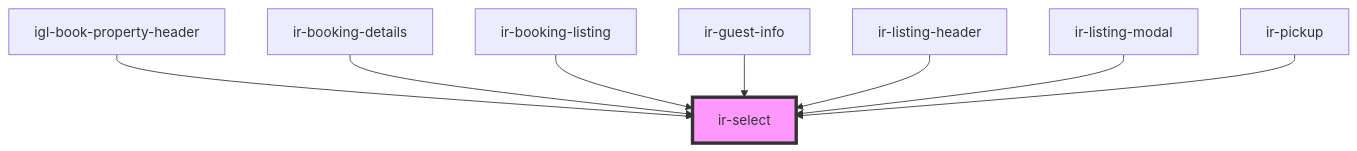
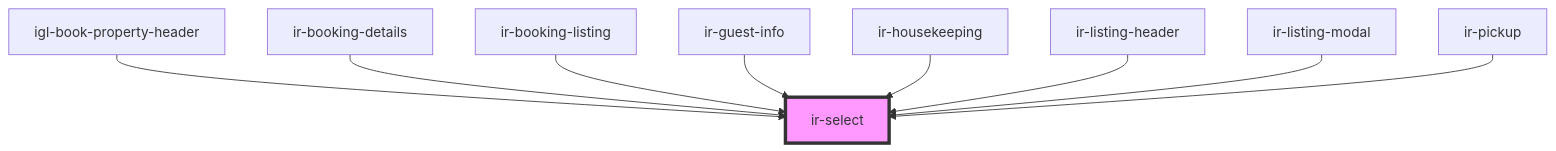
Before and after one commit to David1Chowaifaty/modified-ir-webcmp: the diagram in src/components/ir-select/readme.md, drawn with Mermaid. The commit also changed other lines of this file and 10 other files, not shown here.

````diff
--- a/src/components/ir-select/readme.md
+++ b/src/components/ir-select/readme.md
@@ -54,11 +55,12 @@
 ```mermaid
 graph TD;
   igl-book-property-header --> ir-select
   ir-booking-details --> ir-select
   ir-booking-listing --> ir-select
   ir-guest-info --> ir-select
+  ir-housekeeping --> ir-select
   ir-listing-header --> ir-select
   ir-listing-modal --> ir-select
   ir-pickup --> ir-select
   style ir-select fill:#f9f,stroke:#333,stroke-width:4px
 ```
````
